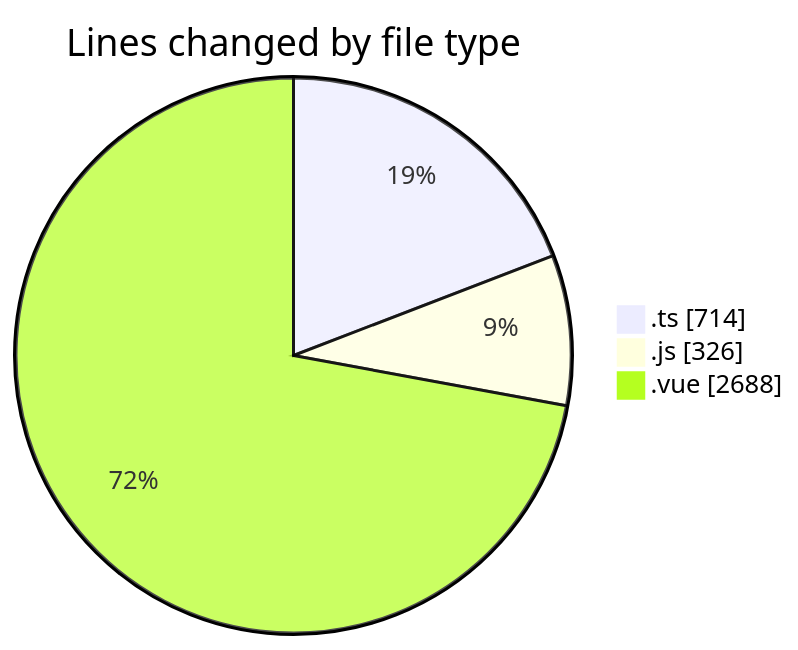
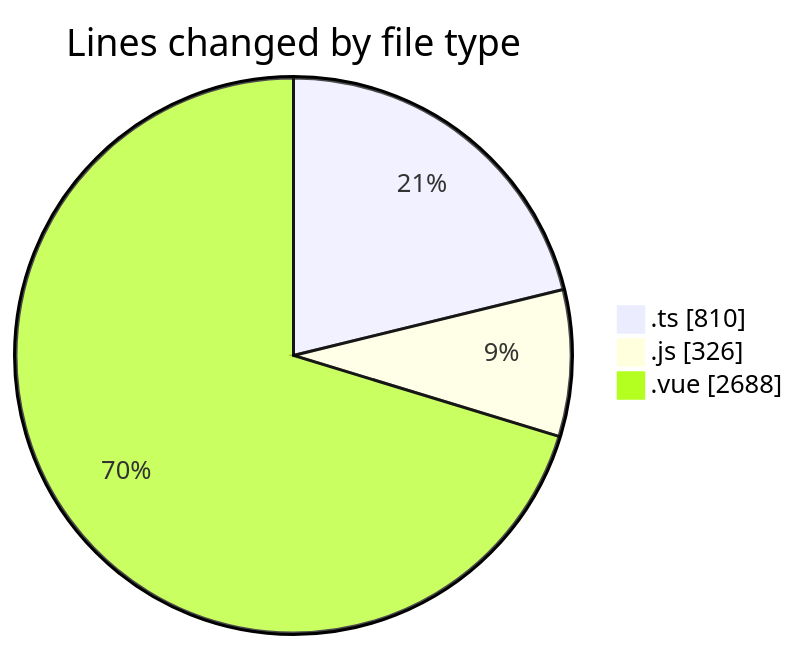
Before and after one commit to lephambinh05/code-tracking: the first of 2 diagrams in 2025-08-16/rentotp/README.md, drawn with Mermaid. The commit also changed other lines of this file and 1 other file, not shown here.

````diff
--- a/2025-08-16/rentotp/README.md
+++ b/2025-08-16/rentotp/README.md
@@ -32,7 +33,7 @@
 ```mermaid
 pie showData
 title Lines changed by file type
-".ts" : 714
+".ts" : 810
 ".js" : 326
 ".vue" : 2688
 ```
````
